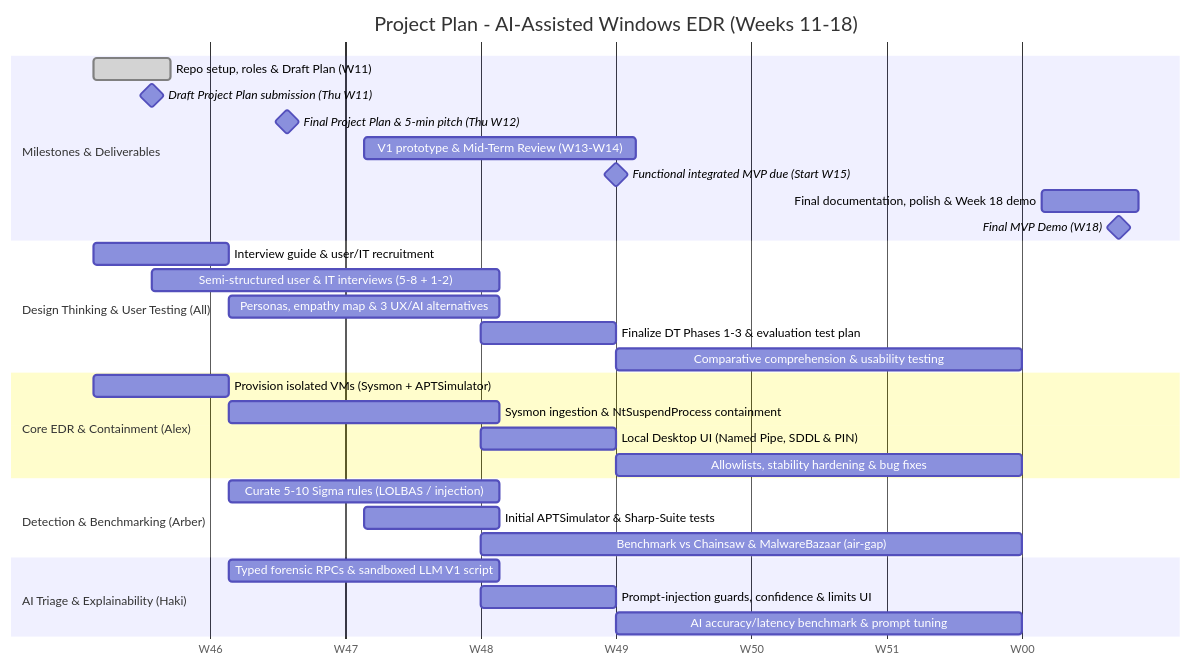
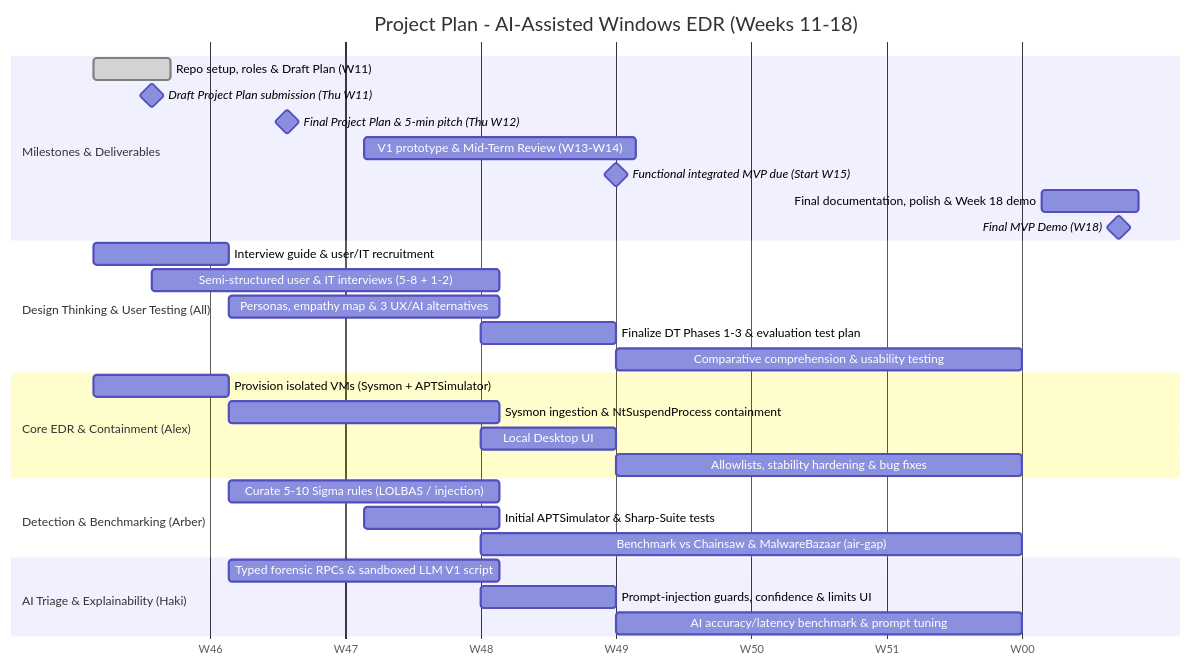
The diagram in README.md (alex24106429/team-triple-threat), drawn with Mermaid before and after one commit. The commit also changed other lines of this file, not shown here.

````diff
--- a/README.md
+++ b/README.md
@@ -253,38 +252,38 @@
 ```mermaid
 gantt
     title Project Plan - AI-Assisted Windows EDR (Weeks 11-18)
     dateFormat  YYYY-MM-DD
     axisFormat  W%W
 
     section Milestones & Deliverables
     Repo setup, roles & Draft Plan (W11)              :done,    m1, 2026-11-16, 4d
     Draft Project Plan submission (Thu W11)           :milestone,   2026-11-19, 0d
     Final Project Plan & 5-min pitch (Thu W12)        :milestone,   2026-11-26, 0d
     V1 prototype & Mid-Term Review (W13-W14)          :         m2, 2026-11-30, 14d
     Functional integrated MVP due (Start W15)         :milestone,   2026-12-13, 0d
     Final documentation, polish & Week 18 demo        :         m3, 2027-01-04, 5d
     Final MVP Demo (W18)                              :milestone,   2027-01-08, 0d
 
     section Design Thinking & User Testing (All)
     Interview guide & user/IT recruitment             :         dt1, 2026-11-16, 7d
     Semi-structured user & IT interviews (5-8 + 1-2)  :         dt2, 2026-11-19, 18d
     Personas, empathy map & 3 UX/AI alternatives      :         dt3, 2026-11-23, 14d
     Finalize DT Phases 1-3 & evaluation test plan     :         dt4, 2026-12-06, 7d
     Comparative comprehension & usability testing     :         dt5, 2026-12-13, 21d
 
     section Core EDR & Containment (Alex)
     Provision isolated VMs (Sysmon + APTSimulator)    :         core1, 2026-11-16, 7d
     Sysmon ingestion & NtSuspendProcess containment   :         core2, 2026-11-23, 14d
-    Local Desktop UI (Named Pipe, SDDL & PIN)         :         core3, 2026-12-06, 7d
+    Local Desktop UI                                  :         core3, 2026-12-06, 7d
     Allowlists, stability hardening & bug fixes       :         core4, 2026-12-13, 21d
 
     section Detection & Benchmarking (Arber)
     Curate 5-10 Sigma rules (LOLBAS / injection)      :         det1, 2026-11-23, 14d
     Initial APTSimulator & Sharp-Suite tests          :         det2, 2026-11-30, 7d
     Benchmark vs Chainsaw & MalwareBazaar (air-gap)   :         det3, 2026-12-06, 28d
 
     section AI Triage & Explainability (Haki)
     Typed forensic RPCs & sandboxed LLM V1 script     :         ai1, 2026-11-23, 14d
     Prompt-injection guards, confidence & limits UI   :         ai2, 2026-12-06, 7d
     AI accuracy/latency benchmark & prompt tuning     :         ai3, 2026-12-13, 21d
 ```
````
